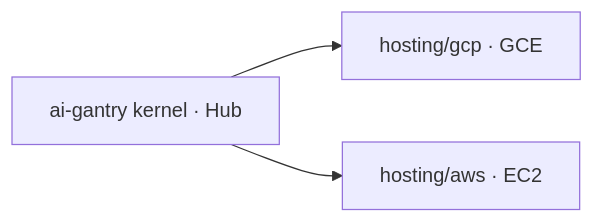
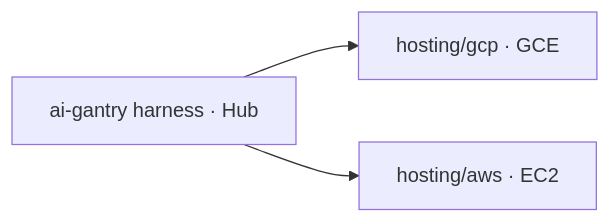
The diagram in examples/hosting/README.md (shotah/ai-gantry), drawn with Mermaid before and after one commit. The commit also changed other lines of this file and 98 other files, not shown here.

````diff
--- a/examples/hosting/README.md
+++ b/examples/hosting/README.md
@@ -16,6 +18,6 @@
 ```mermaid
 flowchart LR
-  K[ai-gantry kernel · Hub]
+  K[ai-gantry harness · Hub]
   K --> G[hosting/gcp · GCE]
   K --> A[hosting/aws · EC2]
 ```
````
